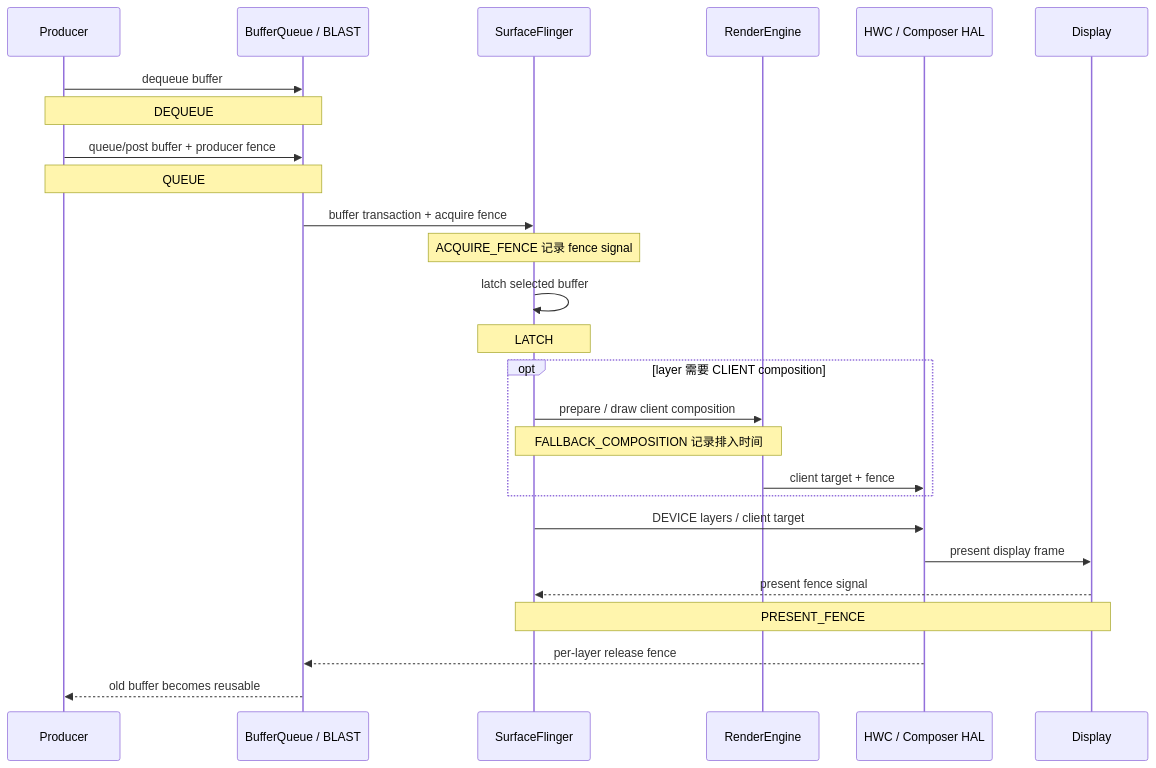
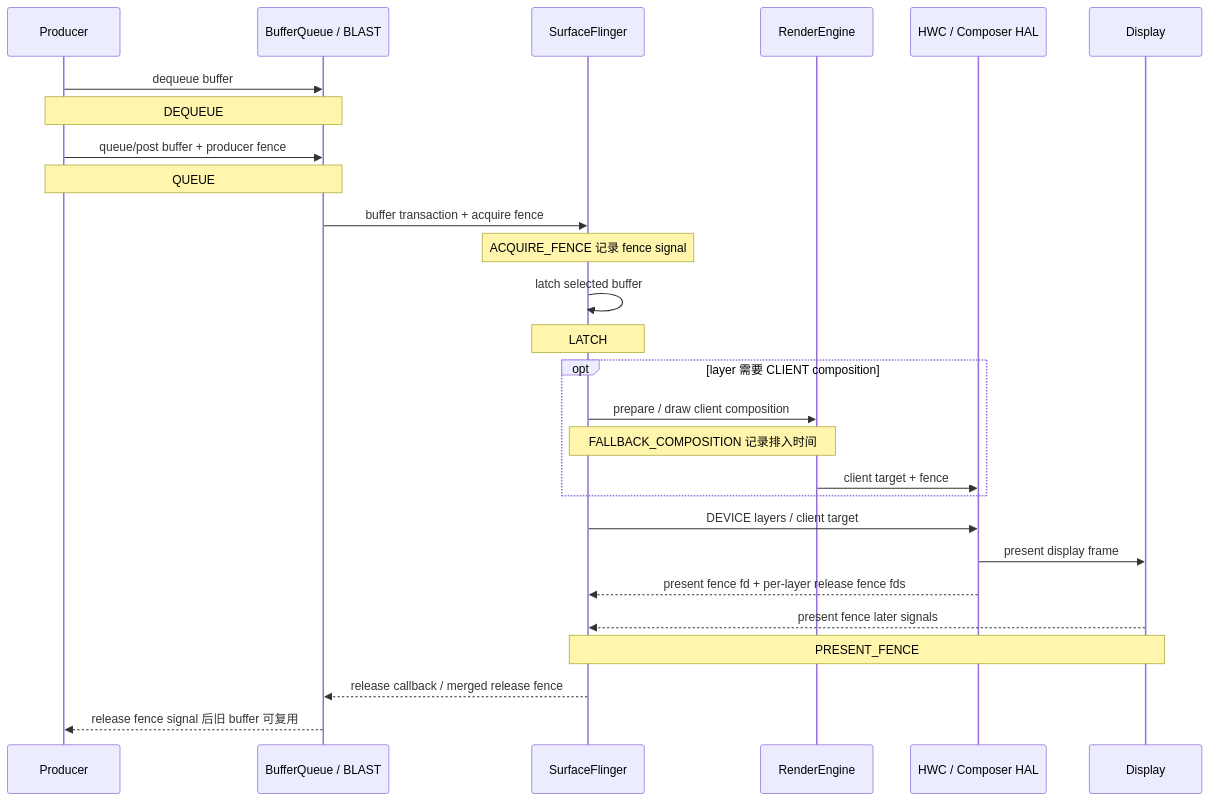
Before and after one commit to Gracker/android-internals-wiki: the diagram in src/part3-tools/ch13-perfetto/19-frametracer-graphics-frame-event.md, drawn with Mermaid. The commit also changed other lines of this file, not shown here.

````diff
--- a/src/part3-tools/ch13-perfetto/19-frametracer-graphics-frame-event.md
+++ b/src/part3-tools/ch13-perfetto/19-frametracer-graphics-frame-event.md
@@ -60,29 +60,30 @@
 ```mermaid
 sequenceDiagram
     participant P as Producer
     participant BQ as BufferQueue / BLAST
     participant SF as SurfaceFlinger
     participant RE as RenderEngine
     participant HWC as HWC / Composer HAL
     participant D as Display
 
     P->>BQ: dequeue buffer
     Note over P,BQ: DEQUEUE
     P->>BQ: queue/post buffer + producer fence
     Note over P,BQ: QUEUE
     BQ->>SF: buffer transaction + acquire fence
     Note over SF: ACQUIRE_FENCE 记录 fence signal
     SF->>SF: latch selected buffer
     Note over SF: LATCH
     opt layer 需要 CLIENT composition
         SF->>RE: prepare / draw client composition
         Note over SF,RE: FALLBACK_COMPOSITION 记录排入时间
         RE->>HWC: client target + fence
     end
     SF->>HWC: DEVICE layers / client target
     HWC->>D: present display frame
-    D-->>SF: present fence signal
+    HWC-->>SF: present fence fd + per-layer release fence fds
+    D-->>SF: present fence later signals
     Note over SF,D: PRESENT_FENCE
-    HWC-->>BQ: per-layer release fence
-    BQ-->>P: old buffer becomes reusable
+    SF-->>BQ: release callback / merged release fence
+    BQ-->>P: release fence signal 后旧 buffer 可复用
 ```
````
